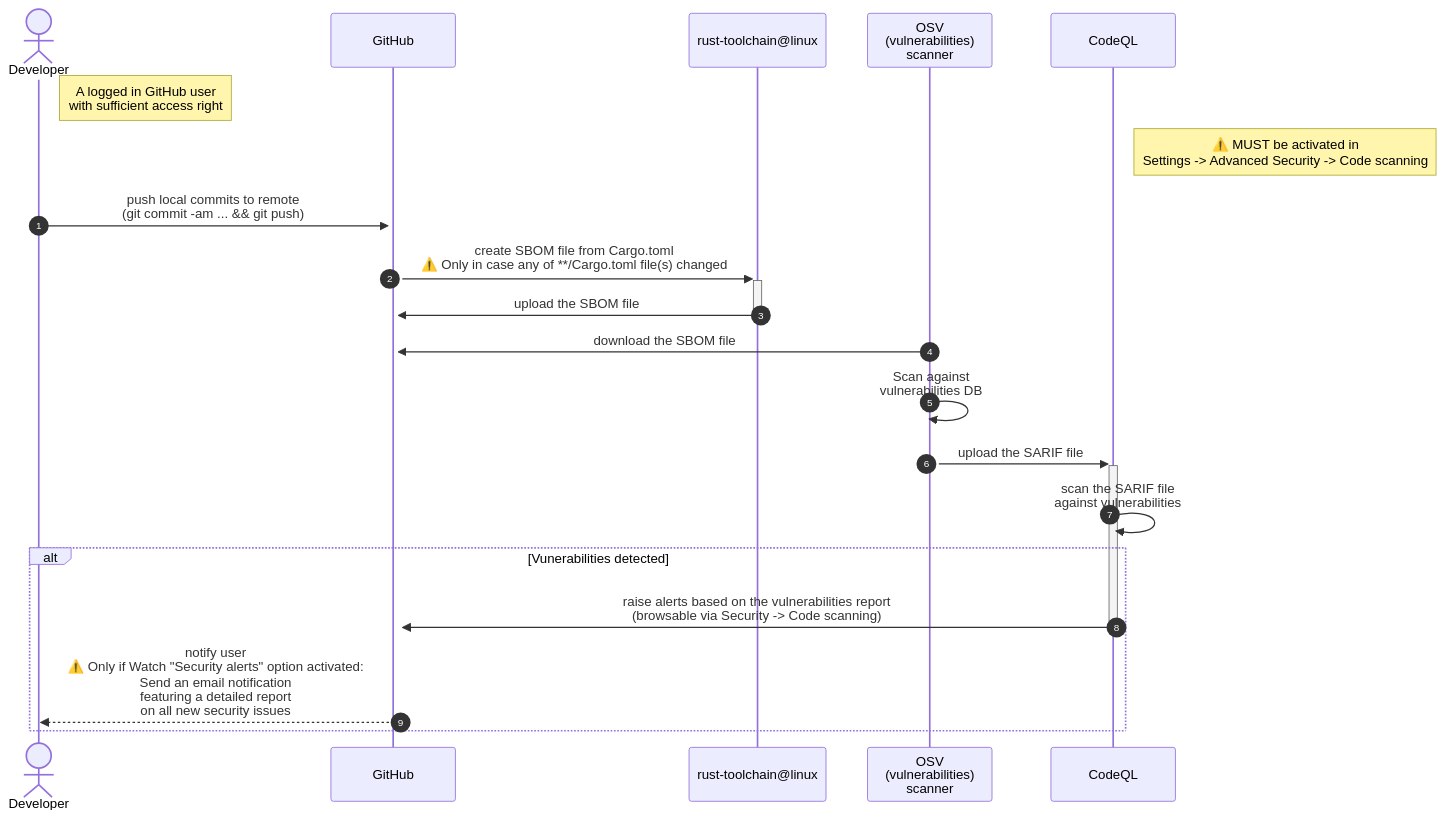
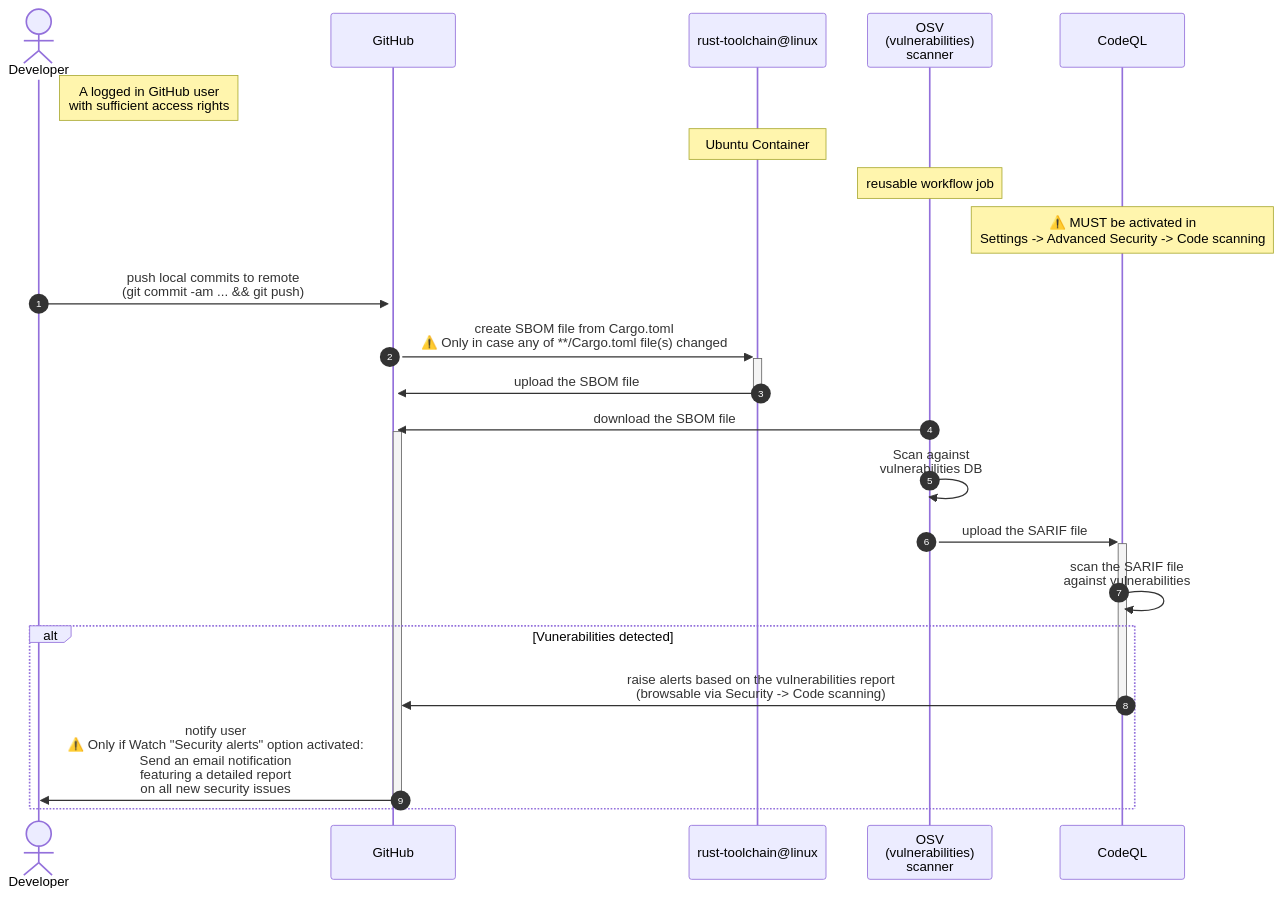
The second of 4 diagrams in README.md (swiyu-admin-ch/github-actions-workflows), drawn with Mermaid before and after one commit. The commit also changed other lines of this file and 4 other files, not shown here.

````diff
--- a/README.md
+++ b/README.md
@@ -47,28 +52,29 @@
 ```mermaid
 sequenceDiagram
     autonumber
 
     actor dev as Developer
     participant gh as GitHub
     participant rust   as rust-toolchain@linux
     participant osv    as OSV<br> (vulnerabilities)<br> scanner
     participant CodeQL as CodeQL
 
     %%Note over dev,CodeQL: The user must be logged in
-    Note right of dev: A logged in GitHub user<br> with sufficient access right
-    %%Note right of rust: Container
-    Note right of CodeQL: ⚠️ MUST be activated in<br> Settings -> Advanced Security -> Code scanning
+    Note right of dev: A logged in GitHub user<br> with sufficient access rights
+    Note over rust: Ubuntu Container
+    Note over osv: reusable workflow job
+    Note over CodeQL: ⚠️ MUST be activated in<br> Settings -> Advanced Security -> Code scanning
 
     dev    ->>+ gh: push local commits to remote<br>(git commit -am ... && git push)
     gh     ->>+ rust: create SBOM file from Cargo.toml<br>⚠️ Only in case any of **/Cargo.toml file(s) changed
     rust   ->>- gh: upload the SBOM file
     osv    ->>+ gh: download the SBOM file
     osv    ->>+ osv: Scan against<br> vulnerabilities DB
     osv    ->>+ CodeQL: upload the SARIF file
     CodeQL ->>  CodeQL: scan the SARIF file<br> against vulnerabilities
 
     alt Vunerabilities detected
         CodeQL ->>- gh: raise alerts based on the vulnerabilities report<br> (browsable via Security -> Code scanning)
-        gh     -->> dev: notify user<br> ⚠️ Only if Watch "Security alerts" option activated:<br> Send an email notification<br> featuring a detailed report<br> on all new security issues
+        gh     ->>- dev: notify user<br> ⚠️ Only if Watch "Security alerts" option activated:<br> Send an email notification<br> featuring a detailed report<br> on all new security issues
     end
 ```
````
